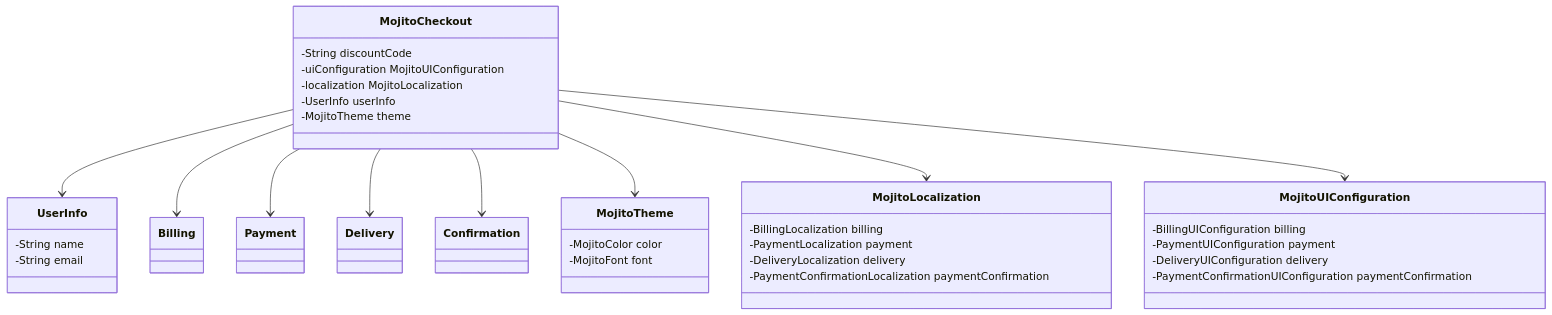
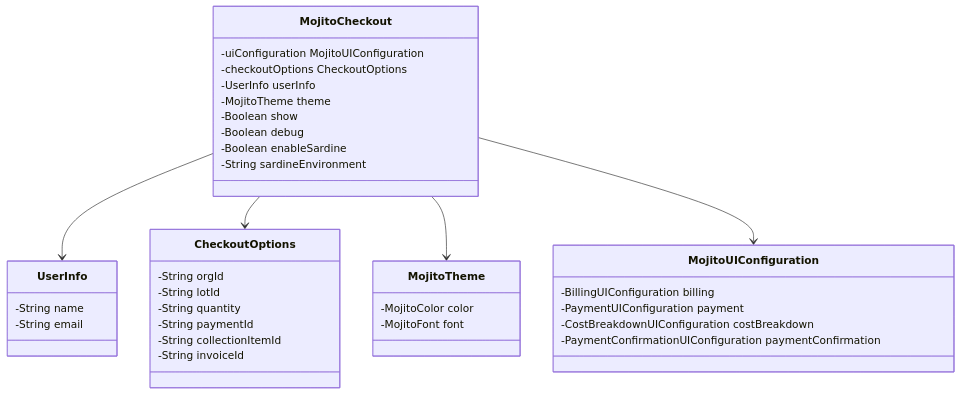
The diagram in architecture/architecture-class.mmd (mojitoinc/mojito-mixer-v2), drawn with Mermaid before and after one commit. The commit also changed 11 other files, not shown here.

```diff
--- a/architecture/architecture-class.mmd
+++ b/architecture/architecture-class.mmd
@@ -1,38 +1,39 @@
 classDiagram
 MojitoCheckout --> UserInfo
-MojitoCheckout --> Billing
-MojitoCheckout --> Payment
-MojitoCheckout --> Delivery
-MojitoCheckout --> Confirmation
+MojitoCheckout --> CheckoutOptions
 MojitoCheckout --> MojitoTheme
-MojitoCheckout --> MojitoLocalization
 MojitoCheckout --> MojitoUIConfiguration 
 
 
 class MojitoCheckout{
-    -String discountCode
     -uiConfiguration MojitoUIConfiguration
-    -localization MojitoLocalization
+    -checkoutOptions CheckoutOptions
     -UserInfo userInfo
     -MojitoTheme theme
+    -Boolean show
+    -Boolean debug
+    -Boolean enableSardine
+    -String sardineEnvironment
 }
 class UserInfo {
     -String name
     -String email
 }
 class MojitoUIConfiguration {
     -BillingUIConfiguration billing
     -PaymentUIConfiguration payment
-    -DeliveryUIConfiguration delivery
+    -CostBreakdownUIConfiguration costBreakdown
     -PaymentConfirmationUIConfiguration paymentConfirmation
-}
-class MojitoLocalization {
-    -BillingLocalization billing
-    -PaymentLocalization payment
-    -DeliveryLocalization delivery
-    -PaymentConfirmationLocalization paymentConfirmation
 }
 class MojitoTheme {
     -MojitoColor color
     -MojitoFont font
 }
+class CheckoutOptions {
+  -String orgId
+  -String lotId
+  -String quantity
+  -String paymentId
+  -String collectionItemId
+  -String invoiceId
+}
```
